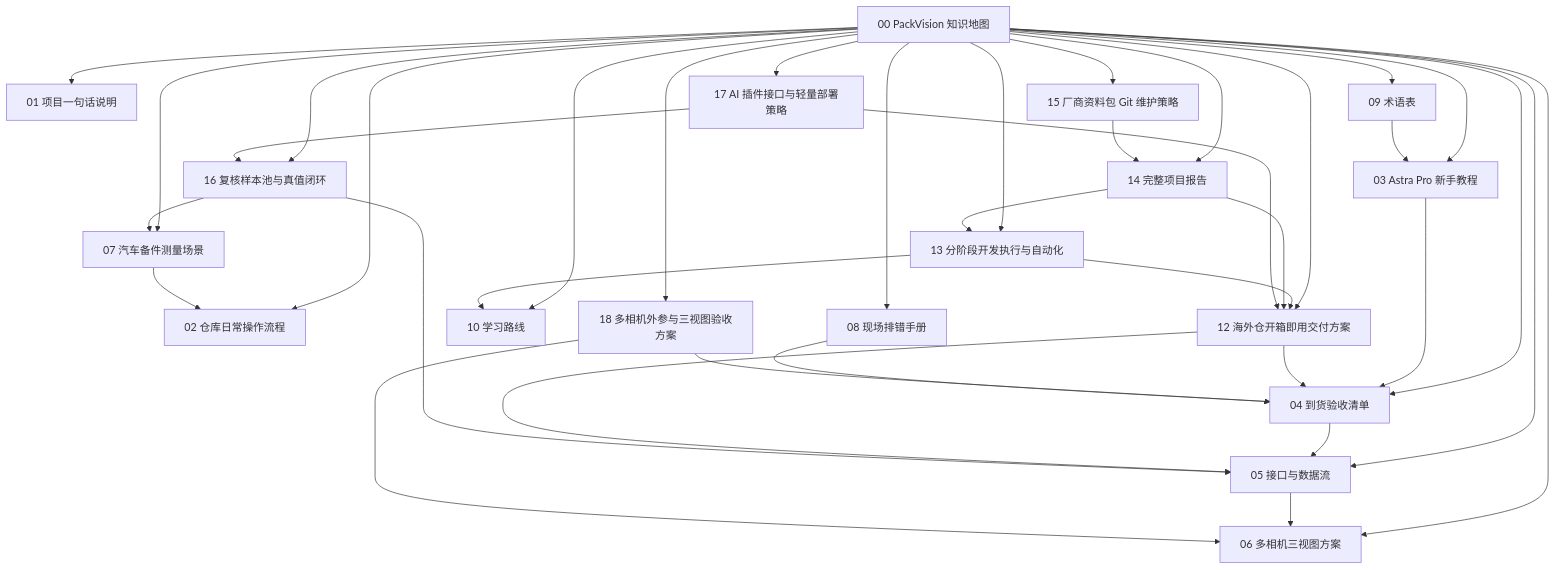
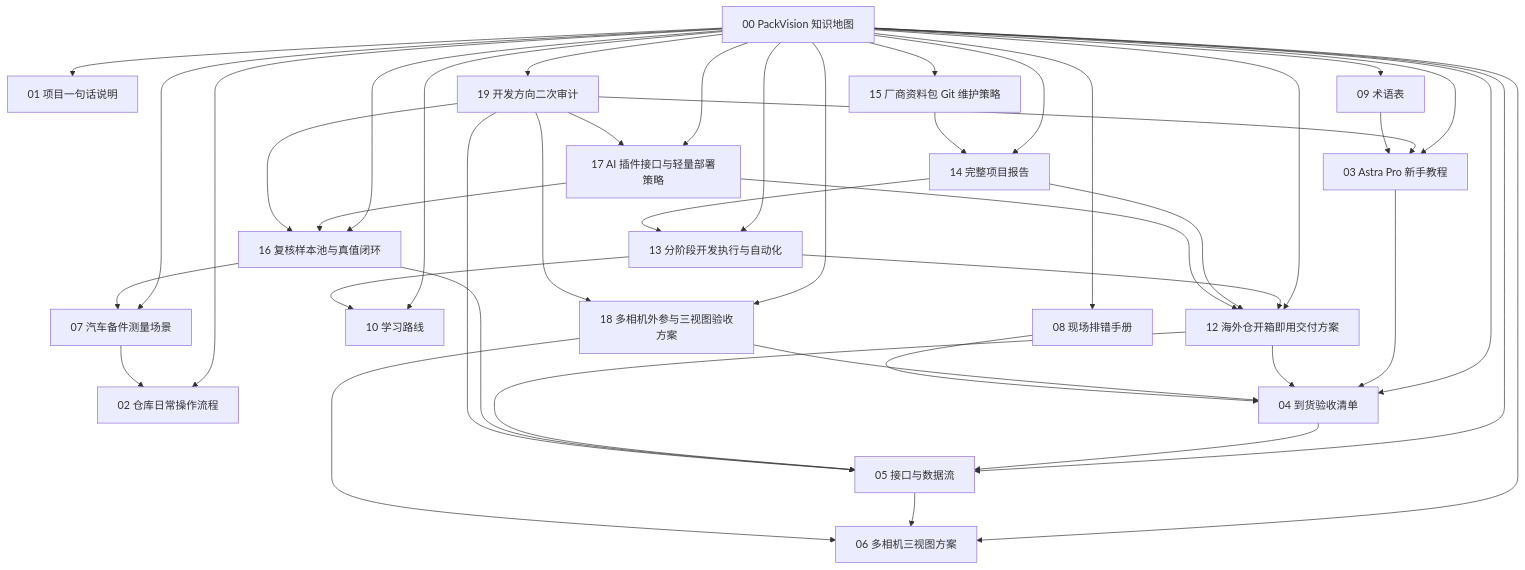
The diagram in docs_obsidian/PackVision/00 PackVision 知识地图.md (BilibiliSZdaomei/packvision), drawn with Mermaid before and after one commit. The commit also changed other lines of this file and 4 other files, not shown here.

````diff
--- a/docs_obsidian/PackVision/00 PackVision 知识地图.md
+++ b/docs_obsidian/PackVision/00 PackVision 知识地图.md
@@ -42,39 +43,45 @@
 ```mermaid
 graph TD
   A["00 PackVision 知识地图"] --> B["01 项目一句话说明"]
   A --> C["02 仓库日常操作流程"]
   A --> D["03 Astra Pro 新手教程"]
   A --> E["04 到货验收清单"]
   A --> F["05 接口与数据流"]
   A --> G["06 多相机三视图方案"]
   A --> H["07 汽车备件测量场景"]
   A --> I["08 现场排错手册"]
   A --> J["09 术语表"]
   A --> K["10 学习路线"]
   A --> L["12 海外仓开箱即用交付方案"]
   A --> M["13 分阶段开发执行与自动化"]
   A --> N["14 完整项目报告"]
   A --> O["15 厂商资料包 Git 维护策略"]
   A --> P["16 复核样本池与真值闭环"]
   A --> Q["17 AI 插件接口与轻量部署策略"]
   A --> R["18 多相机外参与三视图验收方案"]
+  A --> S["19 开发方向二次审计"]
   D --> E
   E --> F
   F --> G
   L --> E
   L --> F
   M --> K
   M --> L
   N --> L
   N --> M
   O --> N
   P --> F
   P --> H
   Q --> P
   Q --> L
   R --> G
   R --> E
+  S --> D
+  S --> F
+  S --> P
+  S --> Q
+  S --> R
   H --> C
   I --> E
   J --> D
 ```
````
